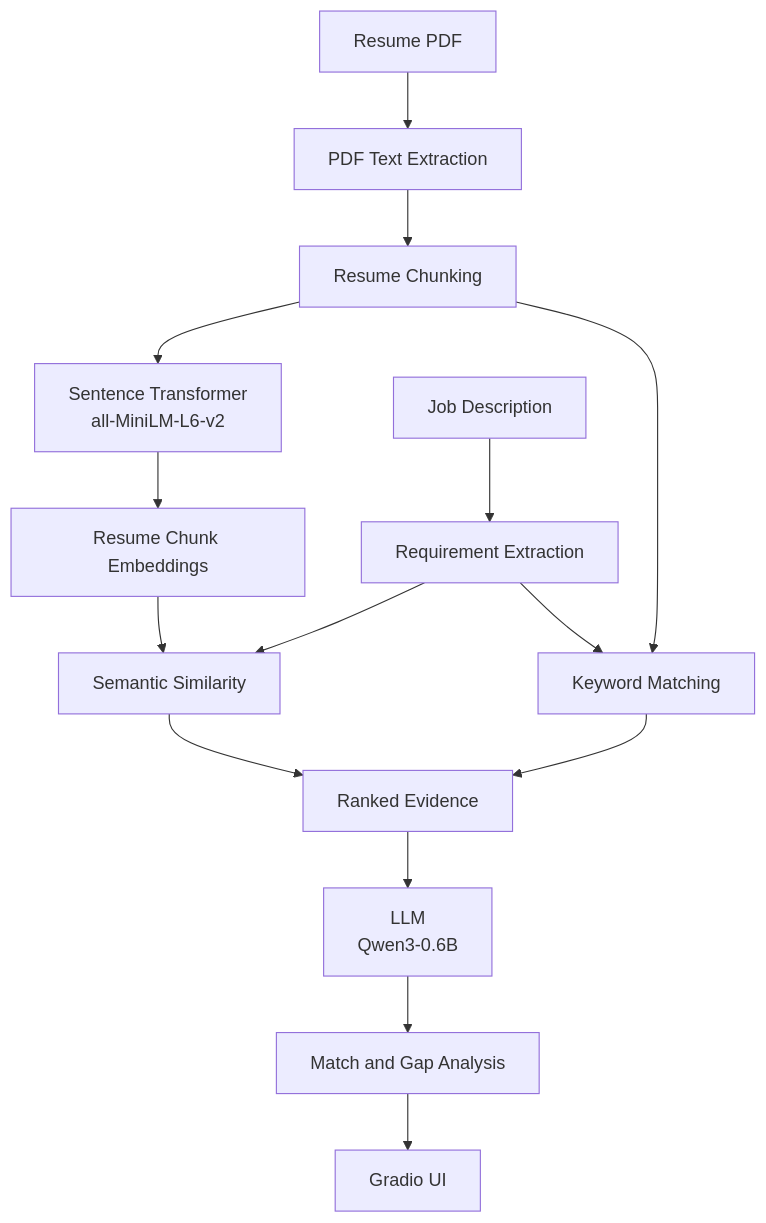
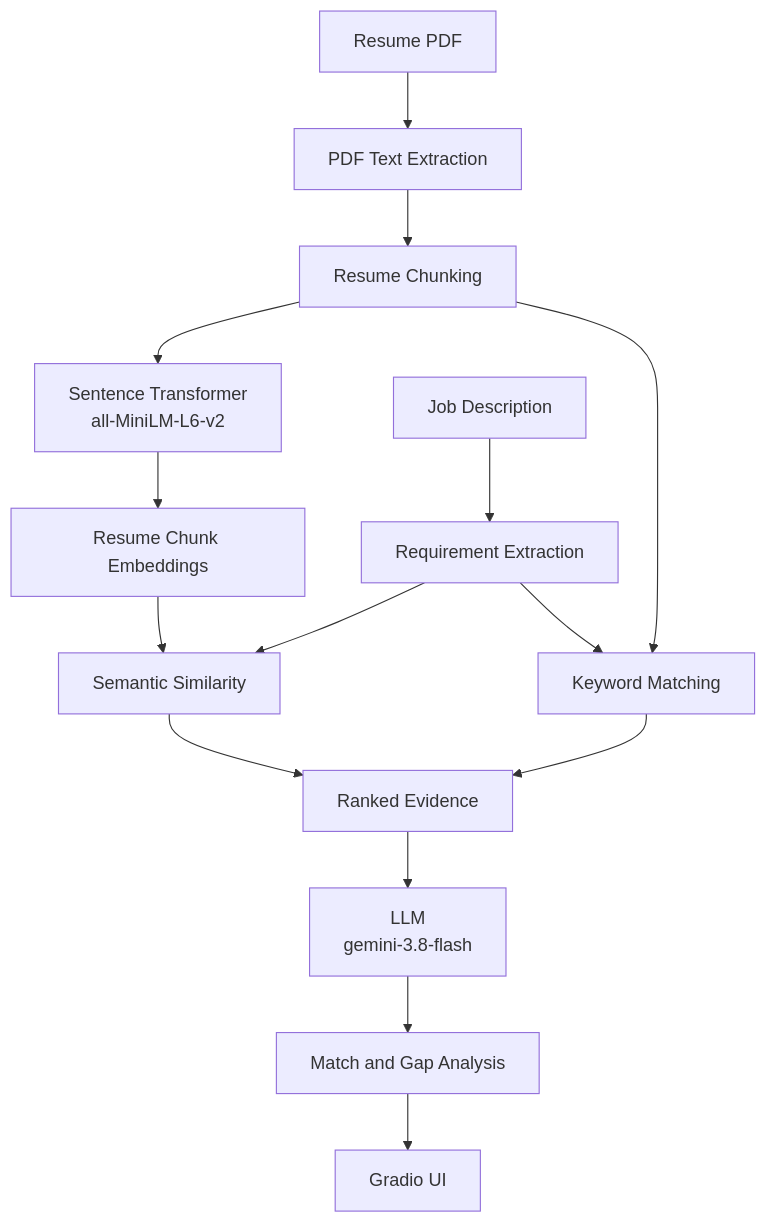
Before and after one commit to udayasri-mandali/ai-career-copilot: the diagram in README.md, drawn with Mermaid. The commit also changed other lines of this file and 4 other files, not shown here.

Commit message:
Add Gemini LLM 3.8 Flash since the Qwen model exceeds credits

````diff
--- a/README.md
+++ b/README.md
@@ -24,19 +24,19 @@
 ```mermaid
 flowchart TD
     A[Resume PDF] --> B[PDF Text Extraction]
     B --> C[Resume Chunking]
     C --> D[Sentence Transformer<br/>all-MiniLM-L6-v2]
     D --> E[Resume Chunk Embeddings]
 
     F[Job Description] --> G[Requirement Extraction]
     G --> H[Semantic Similarity]
     E --> H
     G --> I[Keyword Matching]
     C --> I
     H --> J[Ranked Evidence]
     I --> J
 
-    J --> K[LLM<br/>Qwen3-0.6B]
+    J --> K[LLM<br/>gemini-3.8-flash]
     K --> L[Match and Gap Analysis]
     L --> M[Gradio UI]
 ```
````
